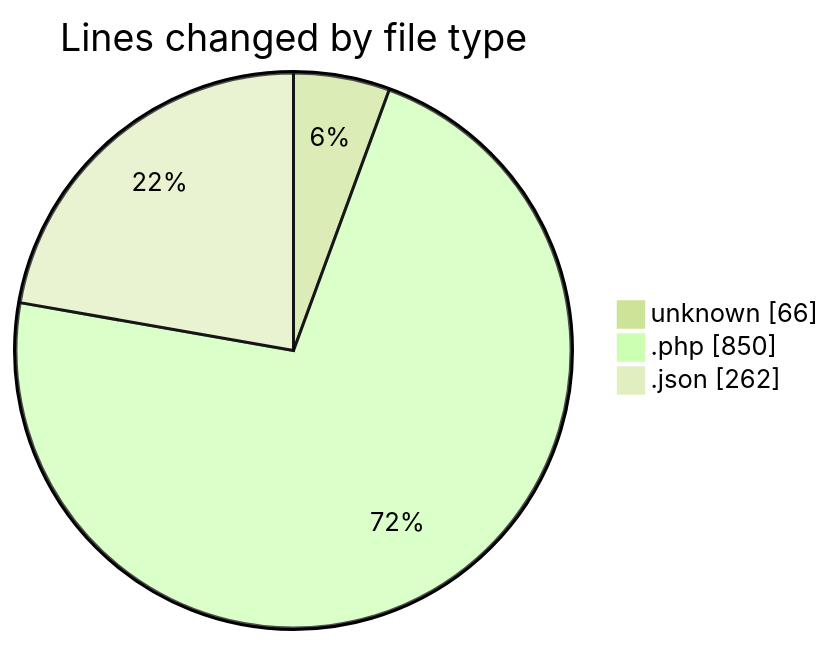
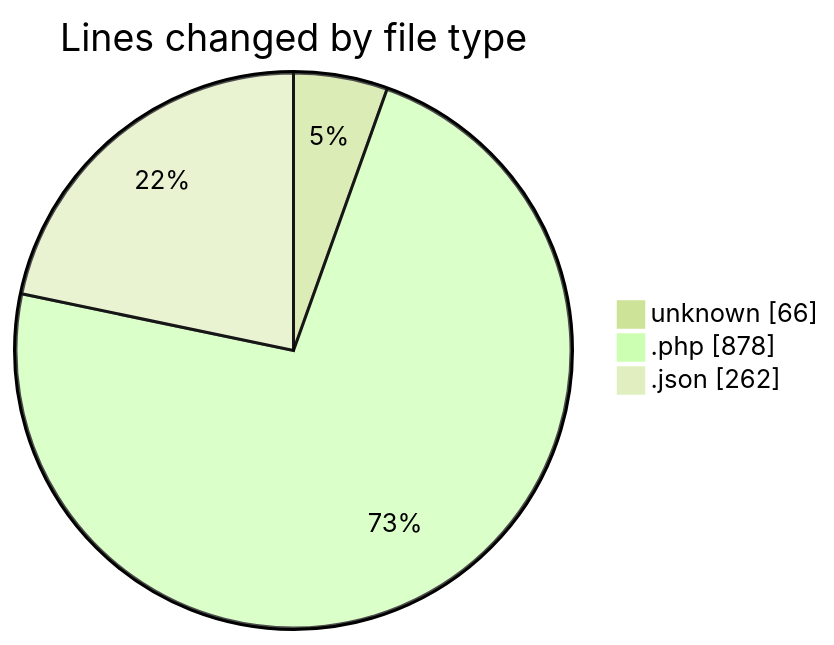
Before and after one commit to idhammustaqopulfikri/code-tracking: the first of 2 diagrams in 2025-11-08/futsal/README.md, drawn with Mermaid (forest theme). The commit also changed other lines of this file and 1 other file, not shown here.

````diff
--- a/2025-11-08/futsal/README.md
+++ b/2025-11-08/futsal/README.md
@@ -31,7 +31,7 @@
 ```mermaid
 pie showData
 title Lines changed by file type
 "unknown" : 66
-".php" : 850
+".php" : 878
 ".json" : 262
 ```
````
